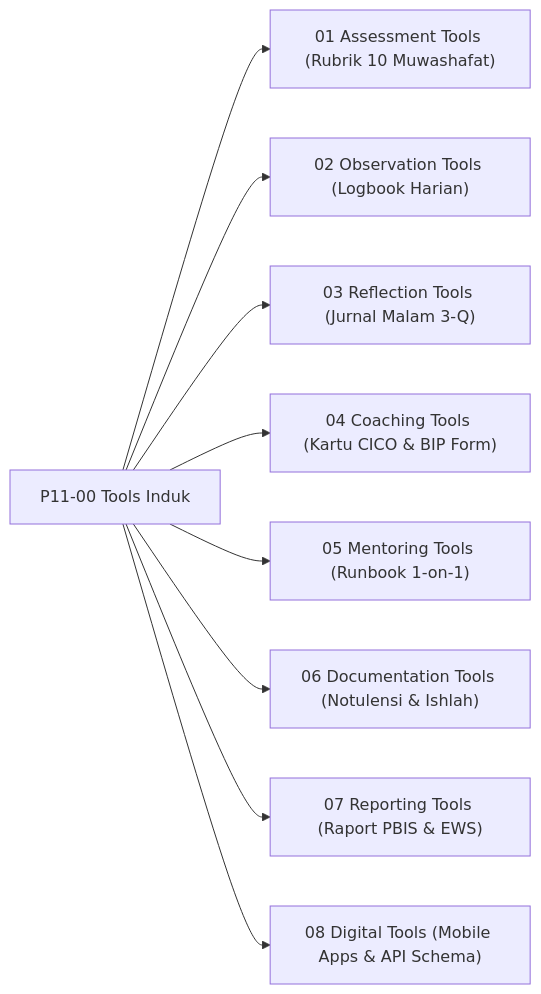
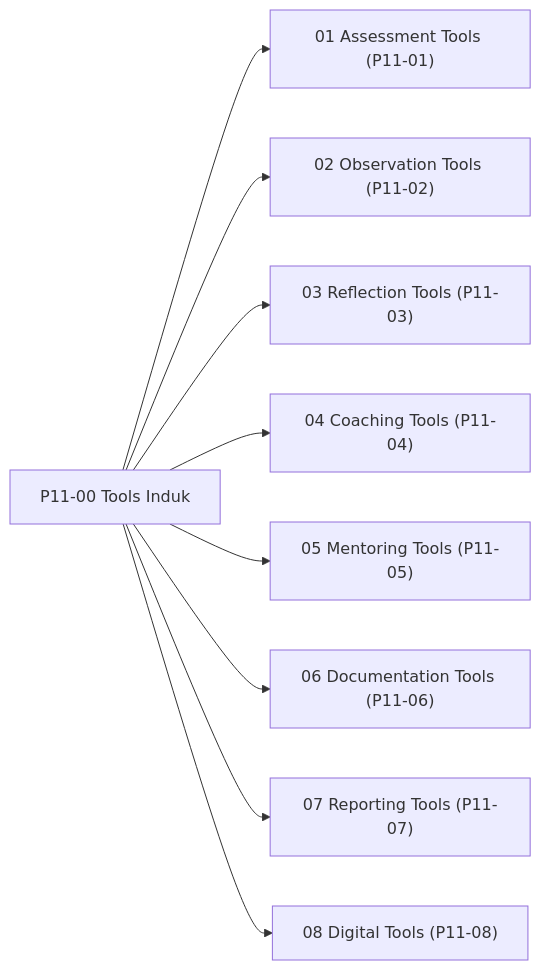
One commit to wandiapriliyandi/tumbuh changed the second of 2 diagrams in 11 Tools/P11-00-Tools-Induk.md. Above: the diagram before and after it, drawn with Mermaid. The commit also changed other lines of this file and 1 other file, not shown here.

Commit message:
docs: finalize Domain 11 Master Monograph and P11-00 Induk Tools

````diff
--- a/11 Tools/P11-00-Tools-Induk.md
+++ b/11 Tools/P11-00-Tools-Induk.md
@@ -34,12 +36,12 @@
 ```mermaid
 graph LR
     P1100["P11-00 Tools Induk"]
-    P1100 --> S01["01 Assessment Tools (Rubrik 10 Muwashafat)"]
-    P1100 --> S02["02 Observation Tools (Logbook Harian)"]
-    P1100 --> S03["03 Reflection Tools (Jurnal Malam 3-Q)"]
-    P1100 --> S04["04 Coaching Tools (Kartu CICO & BIP Form)"]
-    P1100 --> S05["05 Mentoring Tools (Runbook 1-on-1)"]
-    P1100 --> S06["06 Documentation Tools (Notulensi & Ishlah)"]
-    P1100 --> S07["07 Reporting Tools (Raport PBIS & EWS)"]
-    P1100 --> S08["08 Digital Tools (Mobile Apps & API Schema)"]
+    P1100 --> S01["01 Assessment Tools (P11-01)"]
+    P1100 --> S02["02 Observation Tools (P11-02)"]
+    P1100 --> S03["03 Reflection Tools (P11-03)"]
+    P1100 --> S04["04 Coaching Tools (P11-04)"]
+    P1100 --> S05["05 Mentoring Tools (P11-05)"]
+    P1100 --> S06["06 Documentation Tools (P11-06)"]
+    P1100 --> S07["07 Reporting Tools (P11-07)"]
+    P1100 --> S08["08 Digital Tools (P11-08)"]
 ```
````
